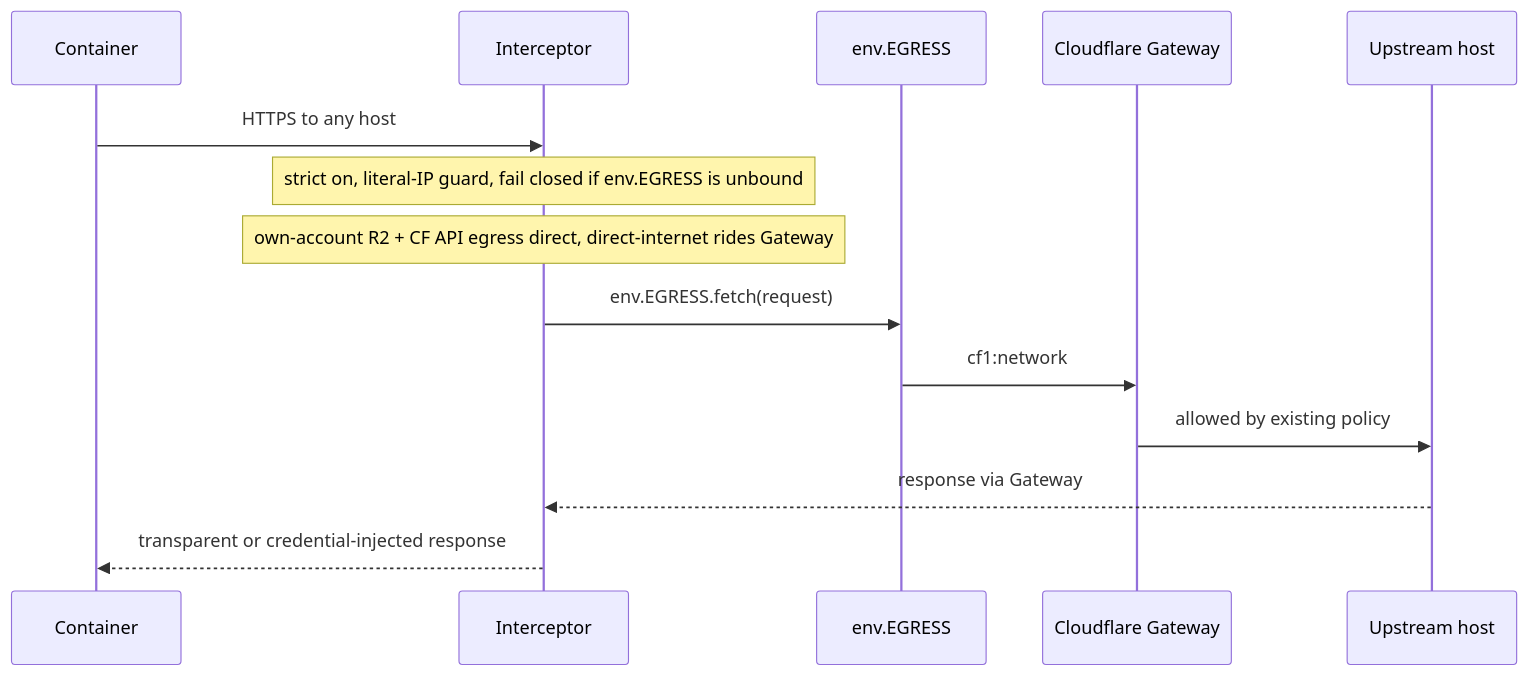
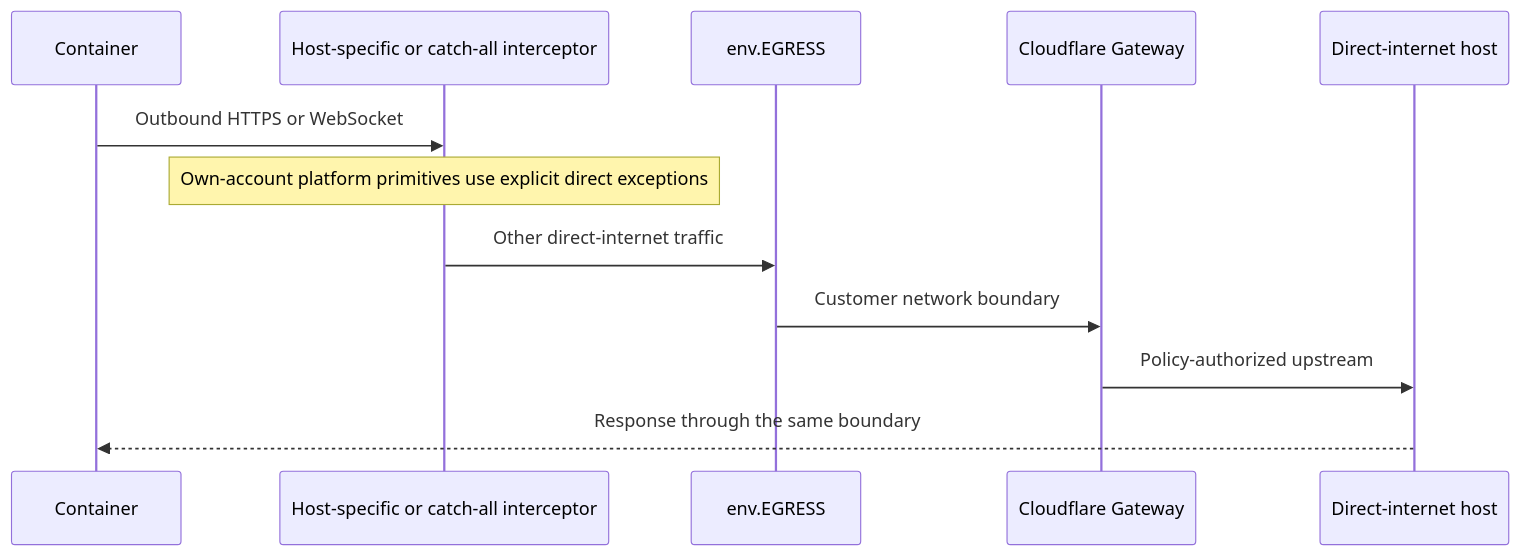
Before and after one commit to nikolanovoselec/codeflare: the eighth of 9 diagrams in documentation/lanes/architecture.md, drawn with Mermaid. The commit also changed other lines of this file and 4 other files, not shown here.

Commit message:
docs: refactor architecture into system map

````diff
--- a/documentation/lanes/architecture.md
+++ b/documentation/lanes/architecture.md
@@ -688,16 +553,14 @@
 ```mermaid
 sequenceDiagram
     participant C as Container
-    participant X as Interceptor
+    participant X as Host-specific or catch-all interceptor
     participant E as env.EGRESS
     participant G as Cloudflare Gateway
-    participant U as Upstream host
-    C->>X: HTTPS to any host
-    Note over X: strict on, literal-IP guard, fail closed if env.EGRESS is unbound
-    Note over X: own-account R2 + CF API egress direct, direct-internet rides Gateway
-    X->>E: env.EGRESS.fetch(request)
-    E->>G: cf1:network
-    G->>U: allowed by existing policy
-    U-->>X: response via Gateway
-    X-->>C: transparent or credential-injected response
+    participant U as Direct-internet host
+    C->>X: Outbound HTTPS or WebSocket
+    Note over X: Own-account platform primitives use explicit direct exceptions
+    X->>E: Other direct-internet traffic
+    E->>G: Customer network boundary
+    G->>U: Policy-authorized upstream
+    U-->>C: Response through the same boundary
 ```
````
